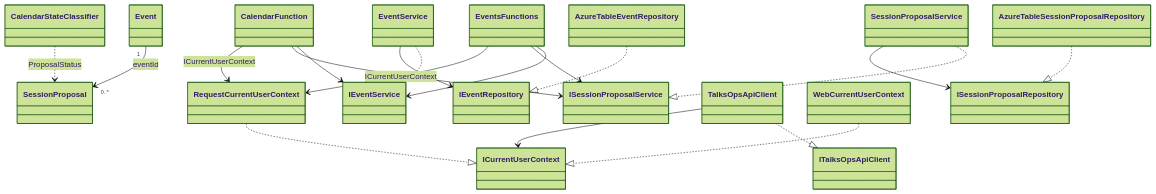
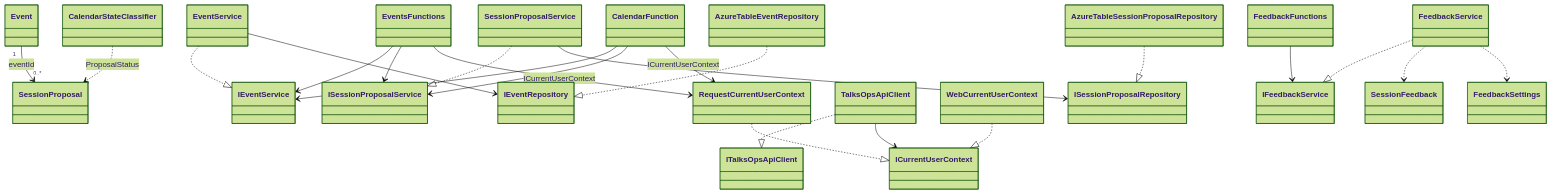
Before and after one commit to massimobonanni/TalksOps: the diagram in src/README.md, drawn with Mermaid (forest theme). The commit also changed other lines of this file and 59 other files, not shown here.

First line of the commit message:
Add unit tests for public feedback and session feedback components

````diff
--- a/src/README.md
+++ b/src/README.md
@@ -18,40 +18,49 @@
 ```mermaid
 classDiagram
     class Event
     class SessionProposal
     class EventService
     class SessionProposalService
     class IEventService
     class ISessionProposalService
     class IEventRepository
     class ISessionProposalRepository
     class AzureTableEventRepository
     class AzureTableSessionProposalRepository
     class EventsFunctions
     class CalendarFunction
     class ITalksOpsApiClient
     class TalksOpsApiClient
     class ICurrentUserContext
     class WebCurrentUserContext
     class RequestCurrentUserContext
     class CalendarStateClassifier
+    class FeedbackFunctions
+    class IFeedbackService
+    class FeedbackService
+    class SessionFeedback
+    class FeedbackSettings
 
     Event "1" --> "0..*" SessionProposal : eventId
     EventService ..|> IEventService
     SessionProposalService ..|> ISessionProposalService
     EventService --> IEventRepository
     SessionProposalService --> ISessionProposalRepository
     AzureTableEventRepository ..|> IEventRepository
     AzureTableSessionProposalRepository ..|> ISessionProposalRepository
     EventsFunctions --> IEventService
     EventsFunctions --> ISessionProposalService
     CalendarFunction --> IEventService
     CalendarFunction --> ISessionProposalService
     TalksOpsApiClient ..|> ITalksOpsApiClient
     TalksOpsApiClient --> ICurrentUserContext
     WebCurrentUserContext ..|> ICurrentUserContext
     RequestCurrentUserContext ..|> ICurrentUserContext
     EventsFunctions --> RequestCurrentUserContext : ICurrentUserContext
     CalendarFunction --> RequestCurrentUserContext : ICurrentUserContext
     CalendarStateClassifier ..> SessionProposal : ProposalStatus
+    FeedbackFunctions --> IFeedbackService
+    FeedbackService ..|> IFeedbackService
+    FeedbackService ..> SessionFeedback
+    FeedbackService ..> FeedbackSettings
 ```
````
